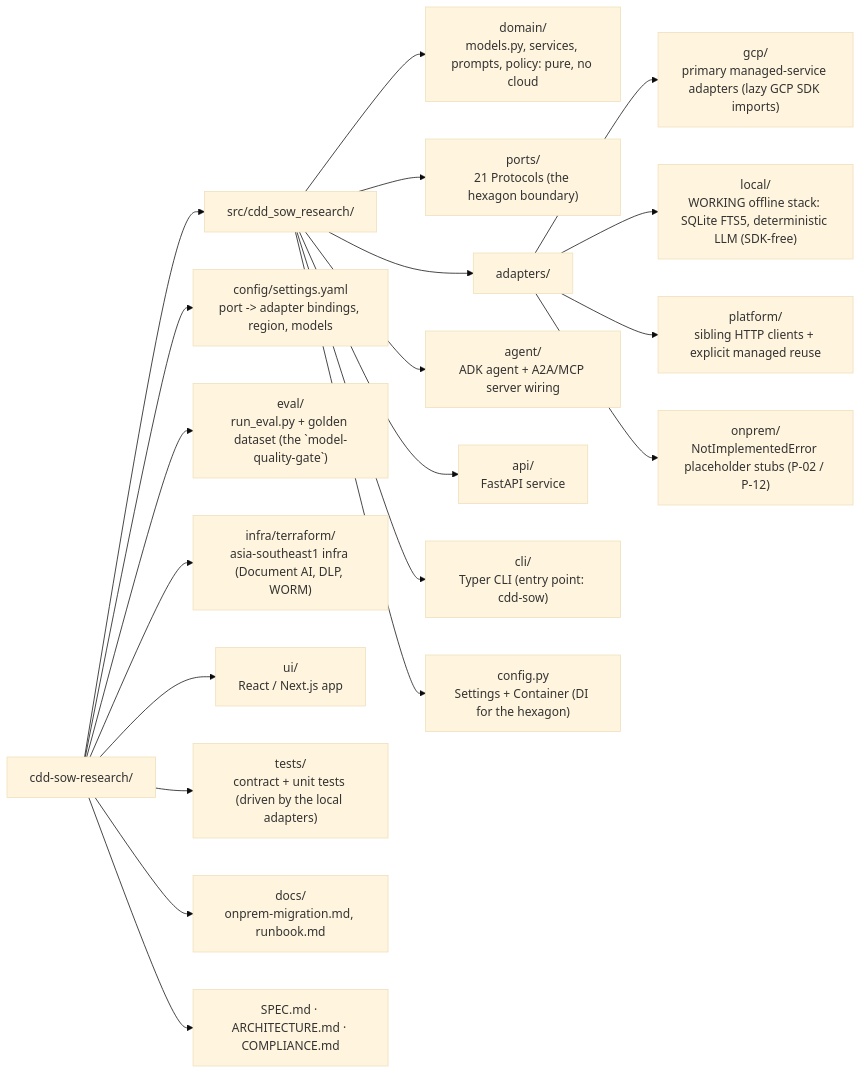
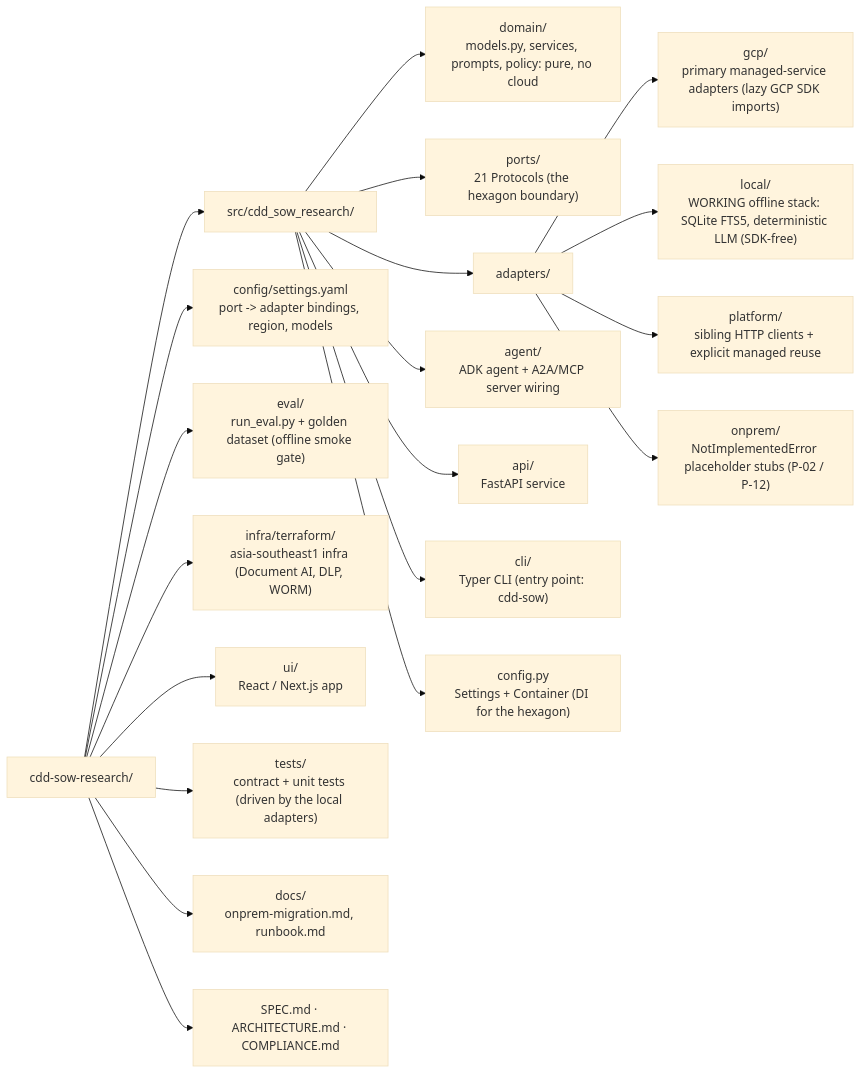
The third of 3 diagrams in README.md (portable-genai/cdd-sow-research), drawn with Mermaid (base theme) before and after one commit. The commit also changed other lines of this file and 24 other files, not shown here.

````diff
--- a/README.md
+++ b/README.md
@@ -430,43 +430,43 @@
 ```mermaid
 flowchart LR
     root["cdd-sow-research/"]
     src["src/cdd_sow_research/"]
     domain["domain/<br/>models.py, services, prompts, policy: pure, no cloud"]
     ports["ports/<br/>21 Protocols (the hexagon boundary)"]
     adapters["adapters/"]
     gcp["gcp/<br/>primary managed-service adapters (lazy GCP SDK imports)"]
     local["local/<br/>WORKING offline stack: SQLite FTS5, deterministic LLM (SDK-free)"]
     platform["platform/<br/>sibling HTTP clients + explicit managed reuse"]
     onprem["onprem/<br/>NotImplementedError placeholder stubs (P-02 / P-12)"]
     agent["agent/<br/>ADK agent + A2A/MCP server wiring"]
     api["api/<br/>FastAPI service"]
     cli["cli/<br/>Typer CLI (entry point: cdd-sow)"]
     srcconfig["config.py<br/>Settings + Container (DI for the hexagon)"]
     config["config/settings.yaml<br/>port -> adapter bindings, region, models"]
-    eval["eval/<br/>run_eval.py + golden dataset (the `model-quality-gate`)"]
+    eval["eval/<br/>run_eval.py + golden dataset (offline smoke gate)"]
     terraform["infra/terraform/<br/>asia-southeast1 infra (Document AI, DLP, WORM)"]
     ui["ui/<br/>React / Next.js app"]
     tests["tests/<br/>contract + unit tests (driven by the local adapters)"]
     docs["docs/<br/>onprem-migration.md, runbook.md"]
     topdocs["SPEC.md · ARCHITECTURE.md · COMPLIANCE.md"]
 
     root --> src
     src --> domain
     src --> ports
     src --> adapters
     adapters --> gcp
     adapters --> local
     adapters --> platform
     adapters --> onprem
     src --> agent
     src --> api
     src --> cli
     src --> srcconfig
     root --> config
     root --> eval
     root --> terraform
     root --> ui
     root --> tests
     root --> docs
     root --> topdocs
 ```
````
